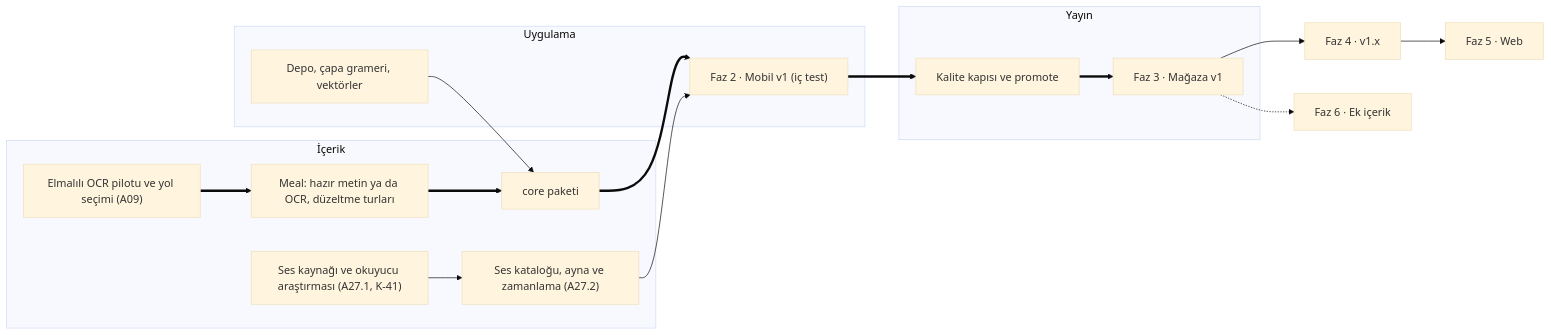
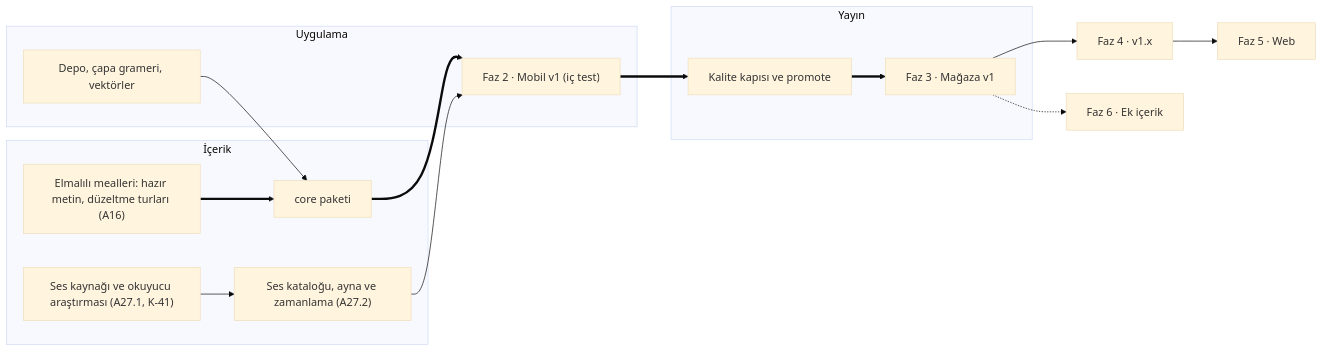
One commit to karasaid379-hue/mutalaa changed the diagram in docs/08-yol-haritasi/01-fazlar.md. Above: the diagram before and after it, drawn with Mermaid (base theme). The commit also changed other lines of this file and 29 other files, not shown here.

First line of the commit message:
docs(docs): align the plan, content and architecture docs with K-49

````diff
--- a/docs/08-yol-haritasi/01-fazlar.md
+++ b/docs/08-yol-haritasi/01-fazlar.md
@@ -26,23 +26,22 @@
 ```mermaid
 flowchart LR
   subgraph I["İçerik"]
-    OCR["Elmalılı OCR pilotu ve yol seçimi (A09)"]
-    TR["Meal: hazır metin ya da OCR, düzeltme turları"]
+    TR["Elmalılı mealleri: hazır metin, düzeltme turları (A16)"]
     CORE["core paketi"]
     SESK["Ses kaynağı ve okuyucu araştırması (A27.1, K-41)"]
     SES["Ses kataloğu, ayna ve zamanlama (A27.2)"]
   end
   subgraph U["Uygulama"]
     F0["Depo, çapa grameri, vektörler"]
     F2["Faz 2 · Mobil v1 (iç test)"]
   end
   subgraph Y["Yayın"]
     KK["Kalite kapısı ve promote"]
     F3["Faz 3 · Mağaza v1"]
   end
-  OCR ==> TR ==> CORE ==> F2 ==> KK ==> F3
+  TR ==> CORE ==> F2 ==> KK ==> F3
   SESK --> SES --> F2
   F0 --> CORE
   F3 --> F4["Faz 4 · v1.x"] --> F5["Faz 5 · Web"]
   F3 -.-> F6["Faz 6 · Ek içerik"]
 ```
````
